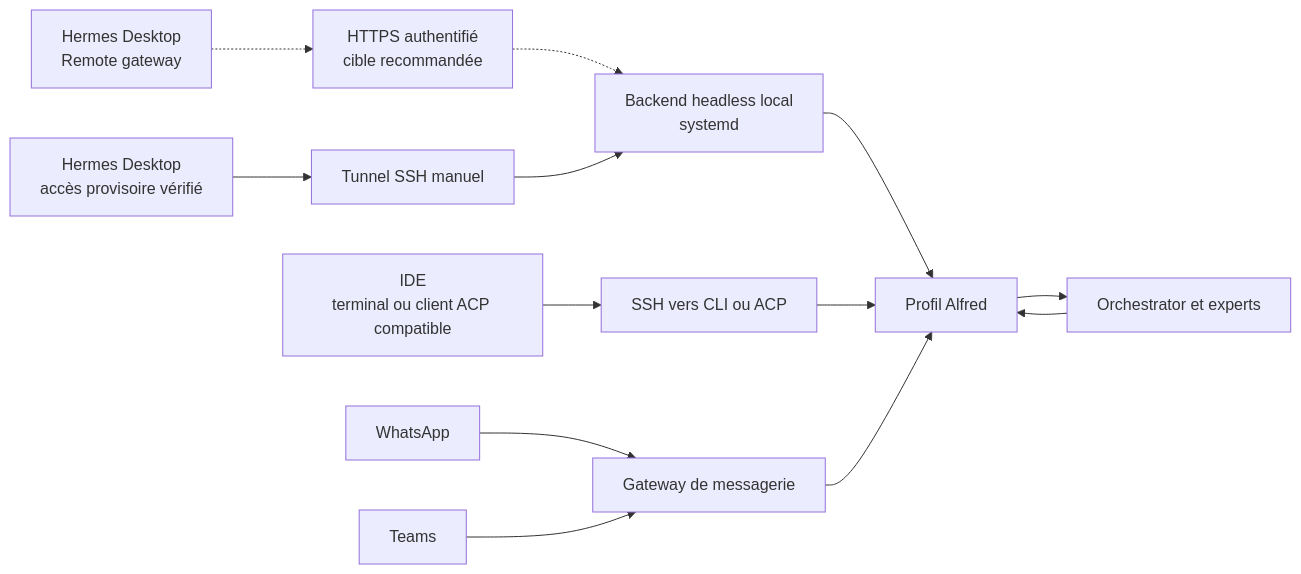
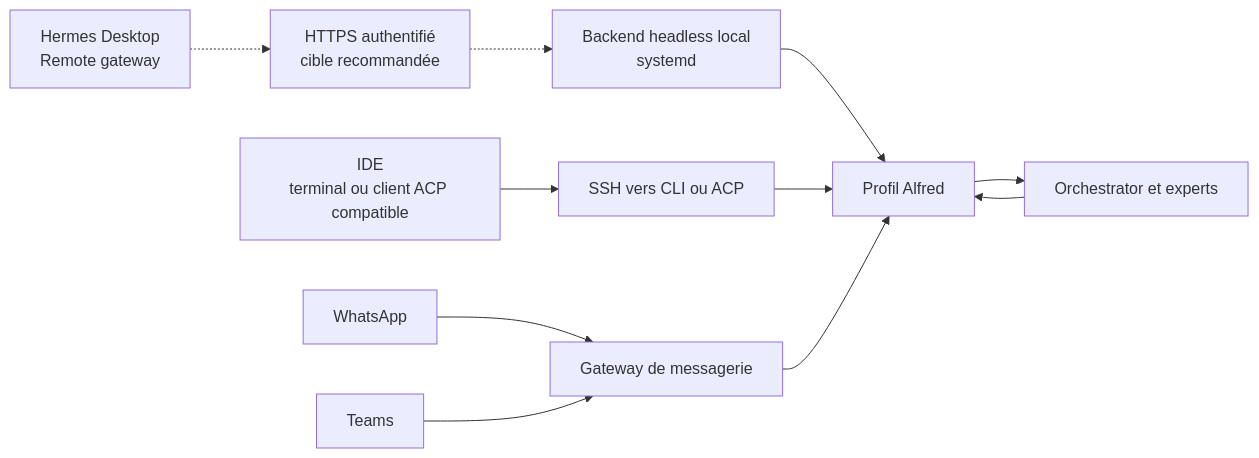
The diagram in docs/communiquer-avec-alfred.md (nicolastheuil/project-alfred), drawn with Mermaid before and after one commit. The commit also changed other lines of this file and 2 other files, not shown here.

Commit message:
docs: replace manual tunnel walkthrough with Desktop gateway form

````diff
--- a/docs/communiquer-avec-alfred.md
+++ b/docs/communiquer-avec-alfred.md
@@ -5,15 +5,13 @@
 ```mermaid
 flowchart LR
     D[Hermes Desktop<br/>Remote gateway] -.-> H[HTTPS authentifié<br/>cible recommandée]
     H -.-> B[Backend headless local<br/>systemd]
-    P[Hermes Desktop<br/>accès provisoire vérifié] --> S[Tunnel SSH manuel]
-    S --> B
     I[IDE<br/>terminal ou client ACP compatible] --> T[SSH vers CLI ou ACP]
     W[WhatsApp] --> G[Gateway de messagerie]
     M[Teams] --> G
     B --> A[Profil Alfred]
     T --> A
     G --> A
     A --> O[Orchestrator et experts]
     O --> A
 ```
````
